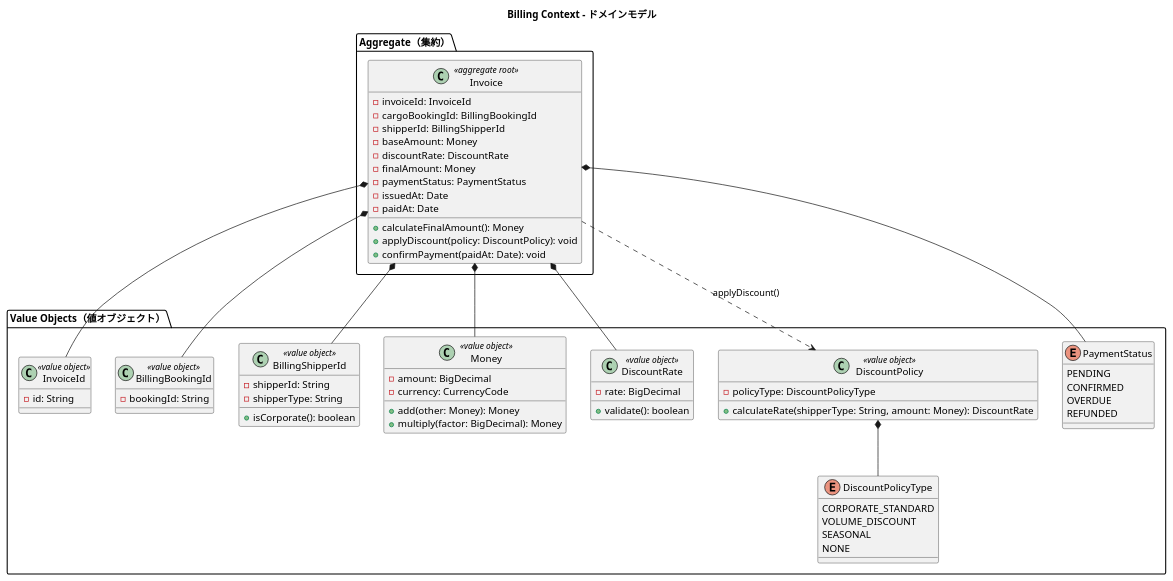
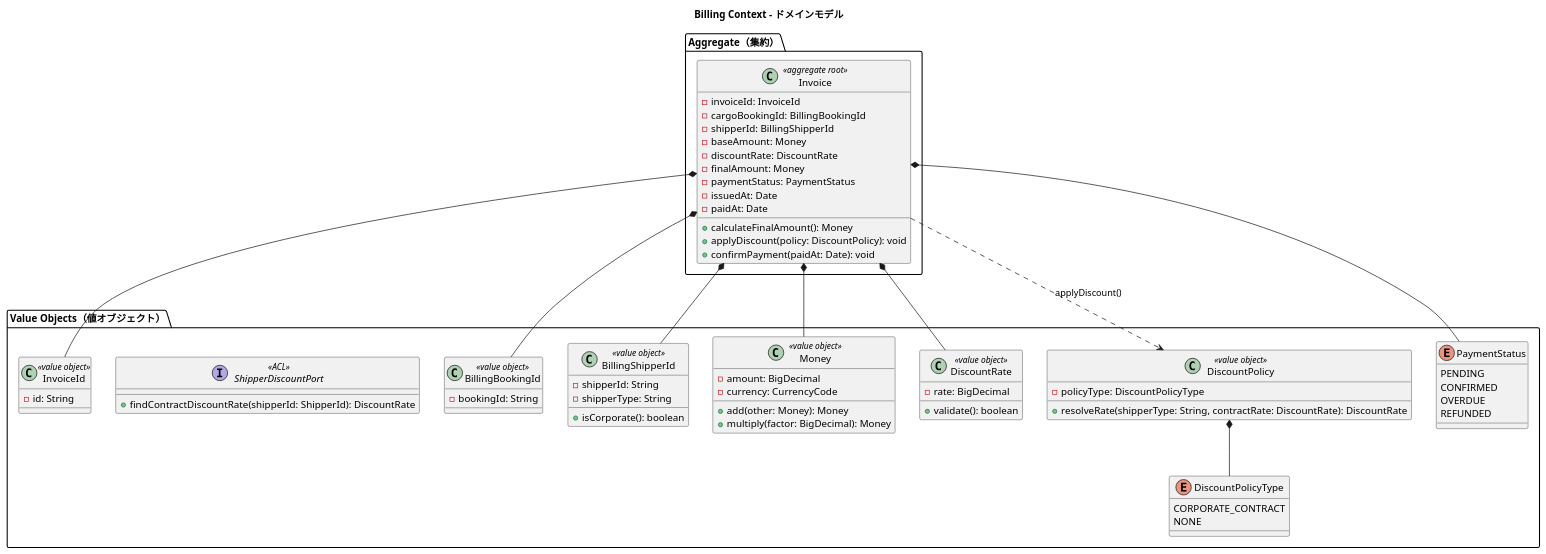
One commit to k2works/case-study-cargo-tracker changed the eighth of 11 diagrams in docs/design/domain-model.md. Above: the diagram before and after it, drawn with PlantUML. The commit also changed other lines of this file and 6 other files, not shown here.

````diff
--- a/docs/design/domain-model.md
+++ b/docs/design/domain-model.md
@@ -792,72 +820,73 @@
 ```plantuml
 @startuml
 title Billing Context - ドメインモデル
 
 package "Aggregate（集約）" {
   class Invoice <<aggregate root>> {
     -invoiceId: InvoiceId
     -cargoBookingId: BillingBookingId
     -shipperId: BillingShipperId
     -baseAmount: Money
     -discountRate: DiscountRate
     -finalAmount: Money
     -paymentStatus: PaymentStatus
     -issuedAt: Date
     -paidAt: Date
     +calculateFinalAmount(): Money
     +applyDiscount(policy: DiscountPolicy): void
     +confirmPayment(paidAt: Date): void
   }
 }
 
 package "Value Objects（値オブジェクト）" {
   class InvoiceId <<value object>> {
     -id: String
   }
   class BillingBookingId <<value object>> {
     -bookingId: String
   }
   class BillingShipperId <<value object>> {
     -shipperId: String
     -shipperType: String
     +isCorporate(): boolean
   }
   class Money <<value object>> {
     -amount: BigDecimal
     -currency: CurrencyCode
     +add(other: Money): Money
     +multiply(factor: BigDecimal): Money
   }
   class DiscountRate <<value object>> {
     -rate: BigDecimal
     +validate(): boolean
   }
   class DiscountPolicy <<value object>> {
     -policyType: DiscountPolicyType
-    +calculateRate(shipperType: String, amount: Money): DiscountRate
+    +resolveRate(shipperType: String, contractRate: DiscountRate): DiscountRate
+  }
+  interface ShipperDiscountPort <<ACL>> {
+    +findContractDiscountRate(shipperId: ShipperId): DiscountRate
   }
   enum PaymentStatus {
     PENDING
     CONFIRMED
     OVERDUE
     REFUNDED
   }
   enum DiscountPolicyType {
-    CORPORATE_STANDARD
-    VOLUME_DISCOUNT
-    SEASONAL
+    CORPORATE_CONTRACT
     NONE
   }
 }
 
 Invoice *-- InvoiceId
 Invoice *-- BillingBookingId
 Invoice *-- BillingShipperId
 Invoice *-- Money
 Invoice *-- DiscountRate
 Invoice *-- PaymentStatus
 Invoice ..> DiscountPolicy : applyDiscount()
 DiscountPolicy *-- DiscountPolicyType
 
 @enduml
 ```
````
